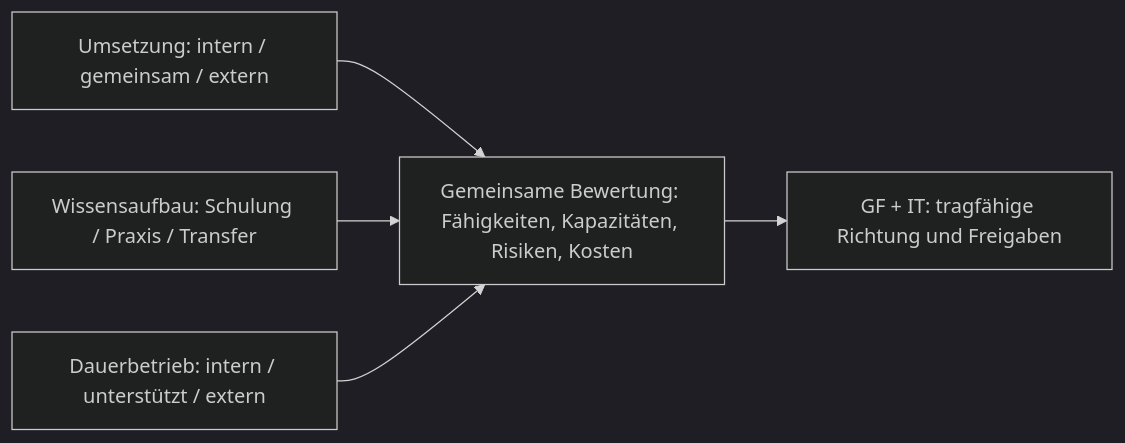
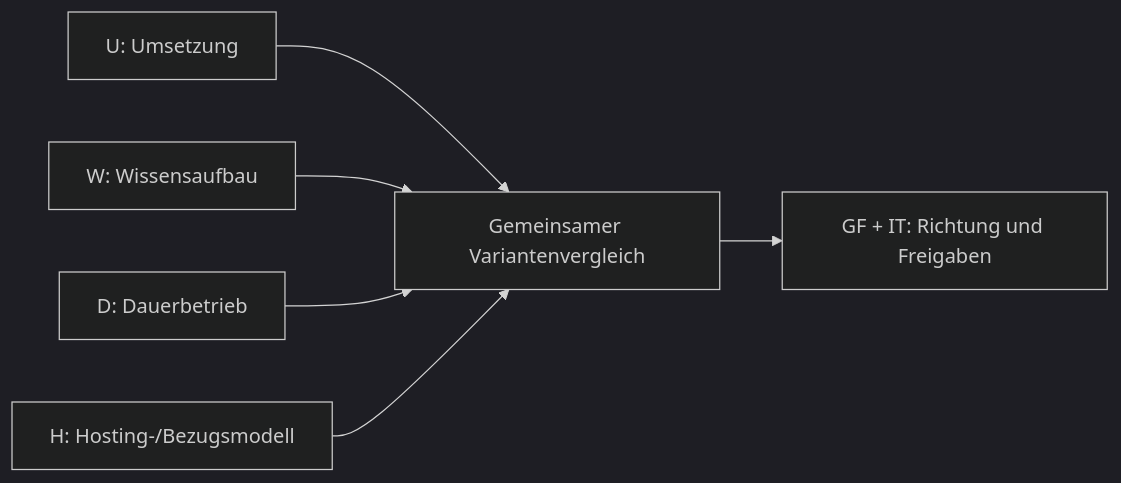
The diagram in docs/06_UMSETZUNGS_UND_BETRIEBSMODELLE.md (JoergHippe/VIC-GDI), drawn with Mermaid (dark theme) before and after one commit. The commit also changed other lines of this file and 9 other files, not shown here.

First line of the commit message:
docs(A39): Hostingdimension H1-H4 von Umsetzung und Betrieb trennen

````diff
--- a/docs/06_UMSETZUNGS_UND_BETRIEBSMODELLE.md
+++ b/docs/06_UMSETZUNGS_UND_BETRIEBSMODELLE.md
@@ -20,7 +21,8 @@
 ```mermaid
 flowchart LR
-  U["Umsetzung: intern / gemeinsam / extern"] --> V["Gemeinsame Bewertung: Fähigkeiten, Kapazitäten, Risiken, Kosten"]
-  W["Wissensaufbau: Schulung / Praxis / Transfer"] --> V
-  D["Dauerbetrieb: intern / unterstützt / extern"] --> V
-  V --> E["GF + IT: tragfähige Richtung und Freigaben"]
+  U["U: Umsetzung"] --> V["Gemeinsamer Variantenvergleich"]
+  W["W: Wissensaufbau"] --> V
+  D["D: Dauerbetrieb"] --> V
+  H["H: Hosting-/Bezugsmodell"] --> V
+  V --> E["GF + IT: Richtung und Freigaben"]
 ```
````
